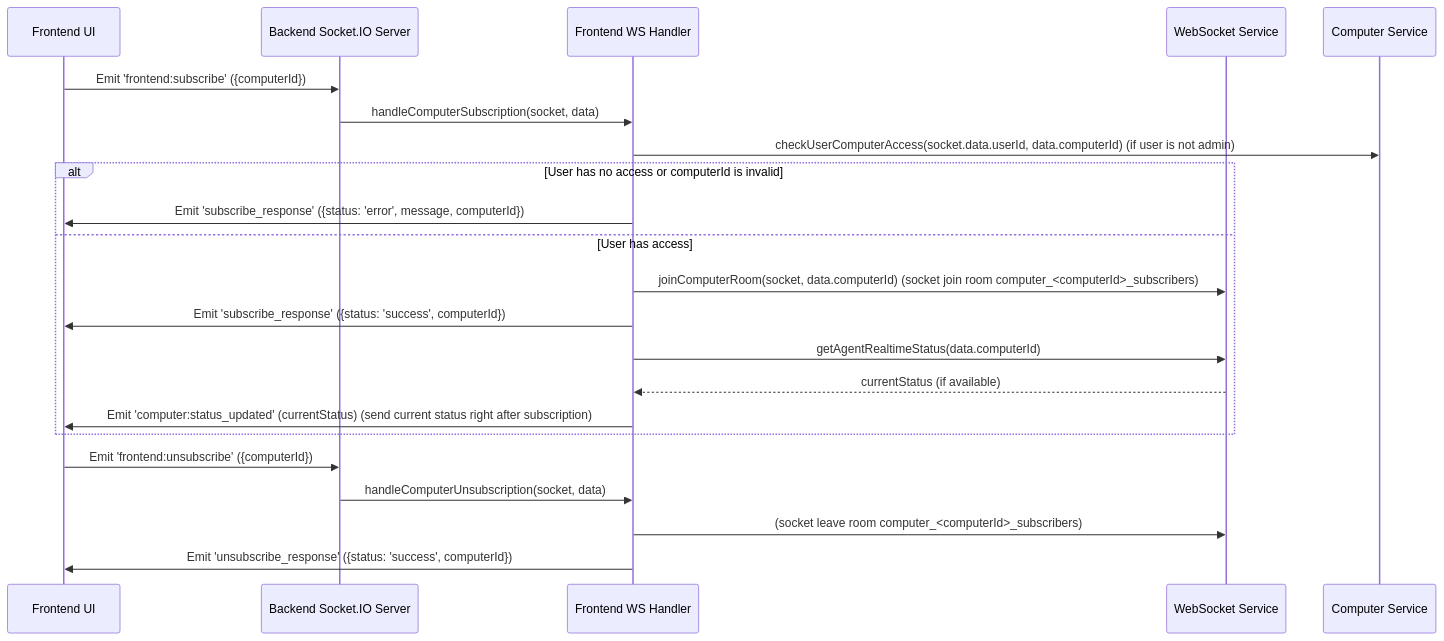
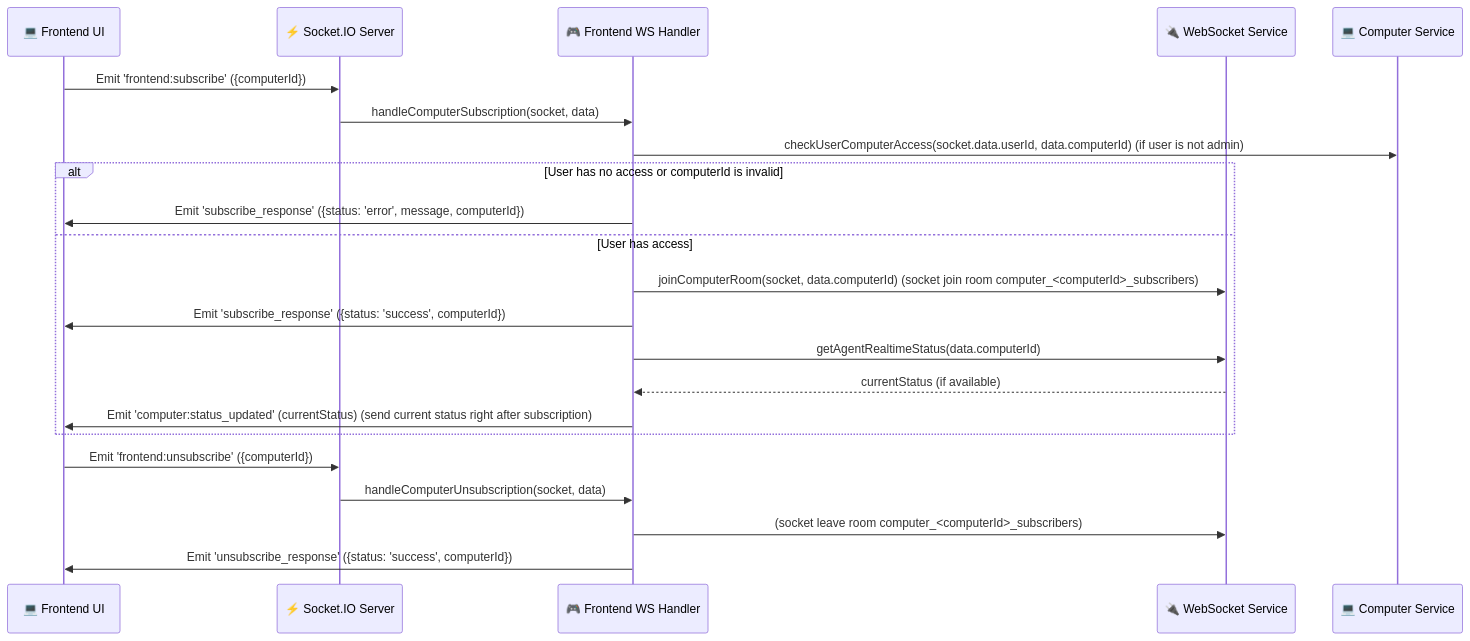
Before and after one commit to LoGGGG2402/computer-management-system: the ninth of 16 diagrams in backend/docs/flow.md, drawn with Mermaid. The commit also changed other lines of this file and 60 other files, not shown here.

````diff
--- a/backend/docs/flow.md
+++ b/backend/docs/flow.md
@@ -375,26 +312,26 @@
 ```mermaid
 sequenceDiagram
-    participant FE as Frontend UI
-    participant BE_SocketIO as Backend Socket.IO Server
-    participant FrontendHandler as Frontend WS Handler
-    participant WebSocketService as WebSocket Service
-    participant ComputerService as Computer Service
+    participant FE as 💻 Frontend UI
+    participant BE_SocketIO as ⚡ Socket.IO Server
+    participant FrontendHandler as 🎮 Frontend WS Handler
+    participant WebSocketService as 🔌 WebSocket Service
+    participant ComputerService as 💻 Computer Service
 
     FE->>BE_SocketIO: Emit 'frontend:subscribe' ({computerId})
     BE_SocketIO->>FrontendHandler: handleComputerSubscription(socket, data)
     FrontendHandler->>ComputerService: checkUserComputerAccess(socket.data.userId, data.computerId) (if user is not admin)
     alt User has no access or computerId is invalid
         FrontendHandler->>FE: Emit 'subscribe_response' ({status: 'error', message, computerId})
     else User has access
         FrontendHandler->>WebSocketService: joinComputerRoom(socket, data.computerId) (socket join room computer_<computerId>_subscribers)
         FrontendHandler->>FE: Emit 'subscribe_response' ({status: 'success', computerId})
         FrontendHandler->>WebSocketService: getAgentRealtimeStatus(data.computerId)
         WebSocketService-->>FrontendHandler: currentStatus (if available)
         FrontendHandler->>FE: Emit 'computer:status_updated' (currentStatus) (send current status right after subscription)
     end
 
     FE->>BE_SocketIO: Emit 'frontend:unsubscribe' ({computerId})
     BE_SocketIO->>FrontendHandler: handleComputerUnsubscription(socket, data)
     FrontendHandler->>WebSocketService: (socket leave room computer_<computerId>_subscribers)
     FrontendHandler->>FE: Emit 'unsubscribe_response' ({status: 'success', computerId})
 ```
````
